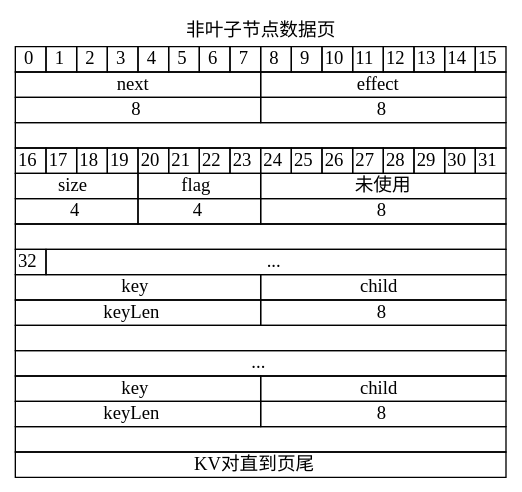
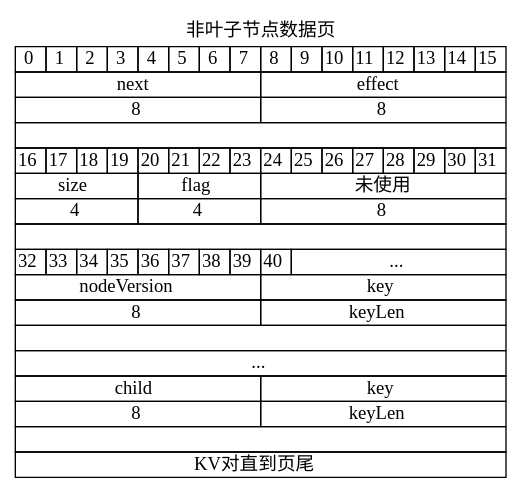
Before and after one commit to rectcircle/course-design-DBMS: the fourth of 6 diagrams in doc/3-索引存储引擎.md, drawn with Graphviz. The commit also changed other lines of this file and 10 other files, not shown here.

```diff
--- a/doc/3-索引存储引擎.md
+++ b/doc/3-索引存储引擎.md
@@ -535,27 +586,35 @@
     <TR>
       <TD COLSPAN="4">size</TD>
       <TD COLSPAN="4">flag</TD>
-      <TD COLSPAN="16">未使用</TD>
+      <TD COLSPAN="8">未使用</TD>
     </TR>
     <TR>
       <TD COLSPAN="4">4</TD>
       <TD COLSPAN="4">4</TD>
-      <TD COLSPAN="16">8</TD>
+      <TD COLSPAN="8">8</TD>
     </TR>
     <TR>
       <TD COLSPAN="16"> </TD>
     </TR>
     <TR>
       <TD>32</TD>
-      <TD COLSPAN="15">...</TD>
+      <TD>33</TD>
+      <TD>34</TD>
+      <TD>35</TD>
+      <TD>36</TD>
+      <TD>37</TD>
+      <TD>38</TD>
+      <TD>39</TD>
+      <TD>40</TD>
+      <TD COLSPAN="7">...</TD>
     </TR>
     <TR>
+      <TD COLSPAN="8">nodeVersion</TD>
       <TD COLSPAN="8">key</TD>
-      <TD COLSPAN="8">child</TD>
     </TR>
     <TR>
+      <TD COLSPAN="8">8</TD>
       <TD COLSPAN="8">keyLen</TD>
-      <TD COLSPAN="8">8</TD>
     </TR>
     <TR>
       <TD COLSPAN="16"> </TD>
@@ -564,12 +623,12 @@
       <TD COLSPAN="16">...</TD>
     </TR>
     <TR>
+      <TD COLSPAN="8">child</TD>
       <TD COLSPAN="8">key</TD>
-      <TD COLSPAN="8">child</TD>
     </TR>
     <TR>
+      <TD COLSPAN="8">8</TD>
       <TD COLSPAN="8">keyLen</TD>
-      <TD COLSPAN="8">8</TD>
     </TR>
     <TR>
       <TD COLSPAN="16"> </TD>
```
